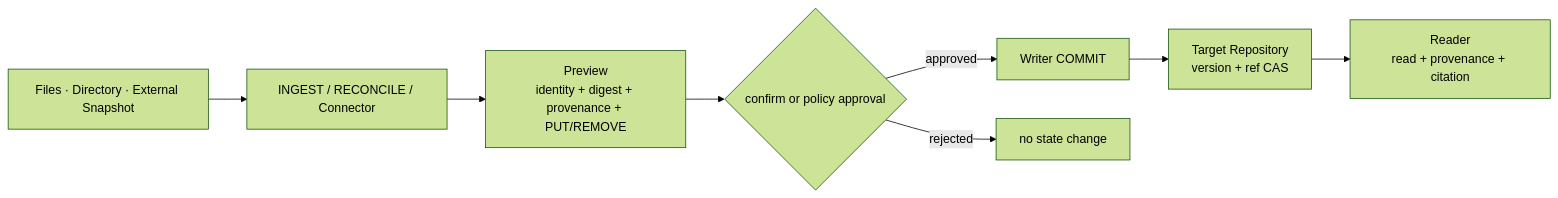
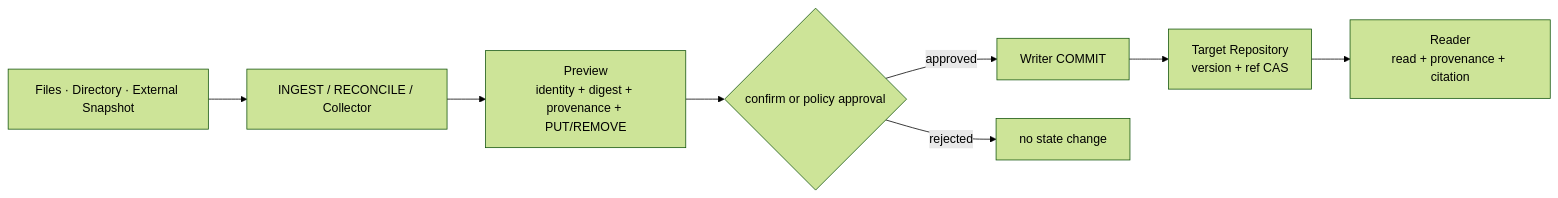
One commit to AlexKaiqi/knowledge-catalog changed diagram 17 of 17 in docs/KNOWLEDGE_CATALOG_DESIGN.md. Above: the diagram before and after it, drawn with Mermaid (forest theme). The commit also changed other lines of this file and 36 other files, not shown here.

````diff
--- a/docs/KNOWLEDGE_CATALOG_DESIGN.md
+++ b/docs/KNOWLEDGE_CATALOG_DESIGN.md
@@ -1671,11 +1671,11 @@
 ```mermaid
 %% diagram:ingestion-is-orchestration
 flowchart LR
-  SRC[Files · Directory · External Snapshot] --> TOOL[INGEST / RECONCILE / Connector]
+  SRC[Files · Directory · External Snapshot] --> TOOL[INGEST / RECONCILE / Collector]
   TOOL --> PRE[Preview<br/>identity + digest + provenance + PUT/REMOVE]
   PRE --> DEC{confirm or policy approval}
   DEC -->|approved| ING[Writer COMMIT]
   DEC -->|rejected| STOP[no state change]
   ING --> REP[Target Repository<br/>version + ref CAS]
   REP --> ACC[Reader<br/>read + provenance + citation]
 ```
````
